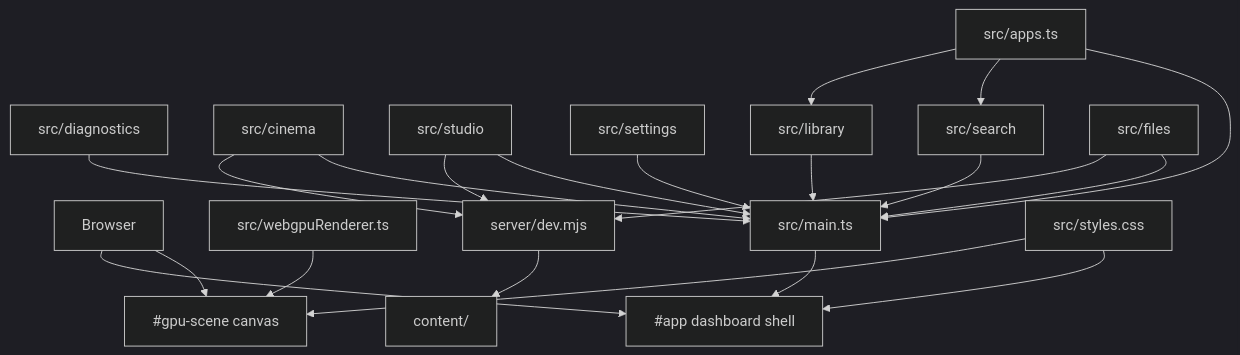
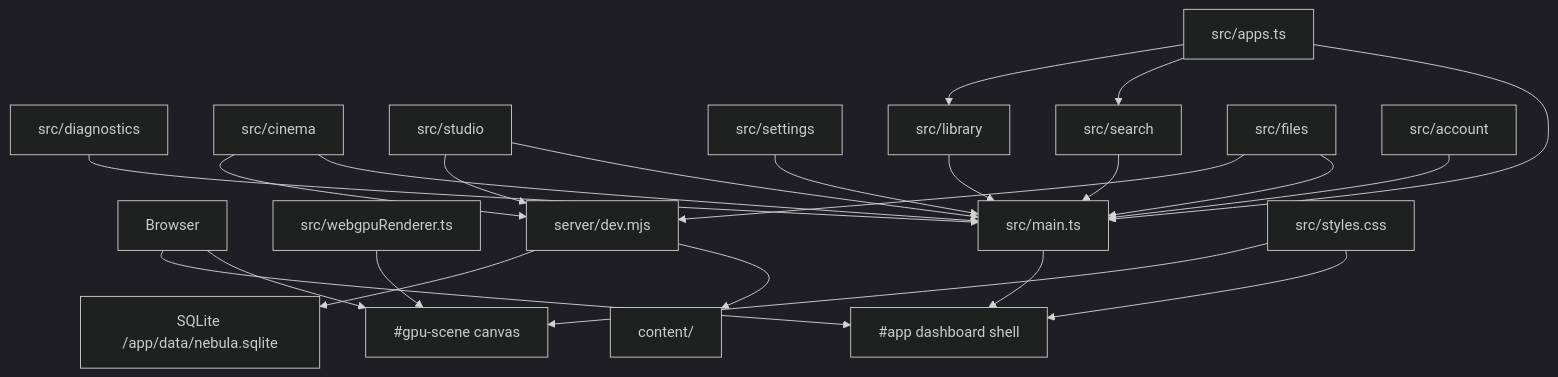
Before and after one commit to jost-aaron/nebula: the diagram in docs/architecture.md, drawn with Mermaid (dark theme). The commit also changed other lines of this file and 35 other files, not shown here.

Commit message:
Add Nebula account system

````diff
--- a/docs/architecture.md
+++ b/docs/architecture.md
@@ -8,40 +8,44 @@
 ```mermaid
 flowchart TD
   Browser["Browser"]
   Canvas["#gpu-scene canvas"]
   Shell["#app dashboard shell"]
   Renderer["src/webgpuRenderer.ts"]
   Main["src/main.ts"]
   Registry["src/apps.ts"]
   Diagnostics["src/diagnostics"]
   Cinema["src/cinema"]
   Studio["src/studio"]
   Settings["src/settings"]
   Search["src/search"]
   Library["src/library"]
   Files["src/files"]
+  Account["src/account"]
   Server["server/dev.mjs"]
   Content["content/"]
+  AccountStore["SQLite /app/data/nebula.sqlite"]
   Styles["src/styles.css"]
 
   Browser --> Canvas
   Browser --> Shell
   Renderer --> Canvas
   Main --> Shell
   Registry --> Main
   Diagnostics --> Main
   Cinema --> Main
   Studio --> Main
   Settings --> Main
   Search --> Main
   Library --> Main
   Files --> Main
+  Account --> Main
   Registry --> Search
   Registry --> Library
   Server --> Content
+  Server --> AccountStore
   Files --> Server
   Cinema --> Server
   Studio --> Server
   Styles --> Shell
   Styles --> Canvas
 ```
````
